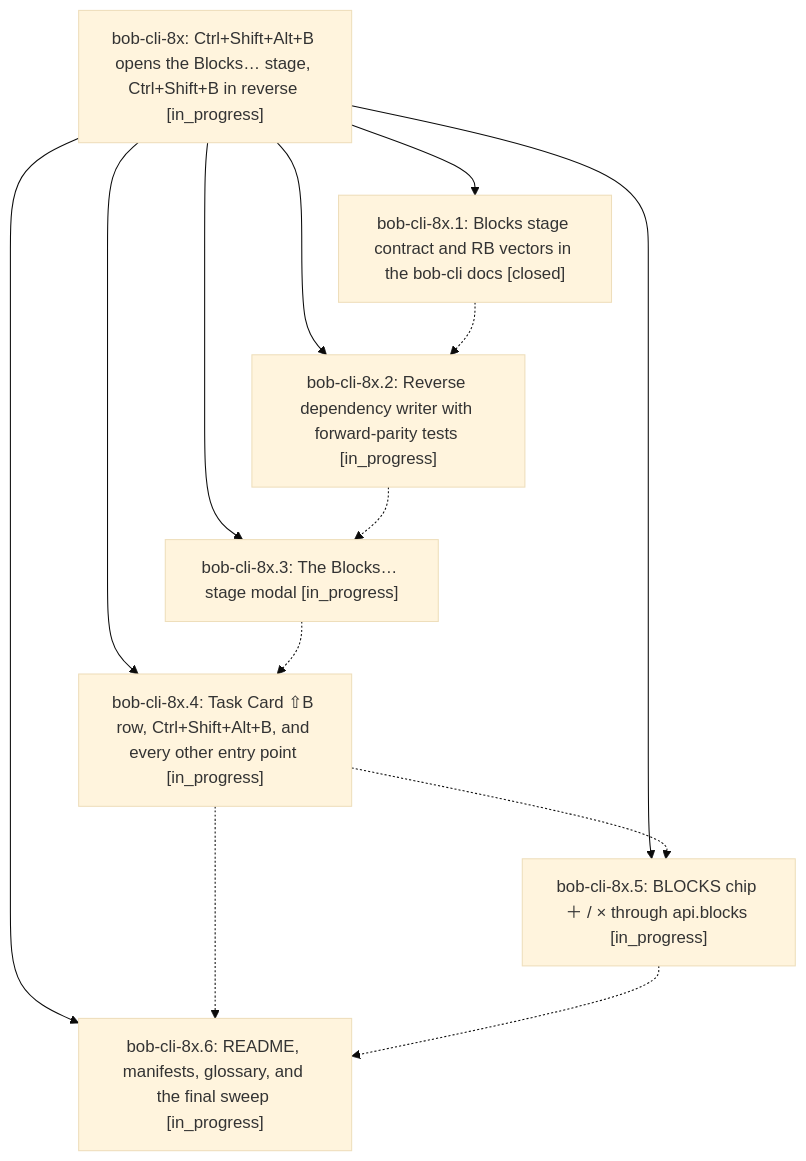
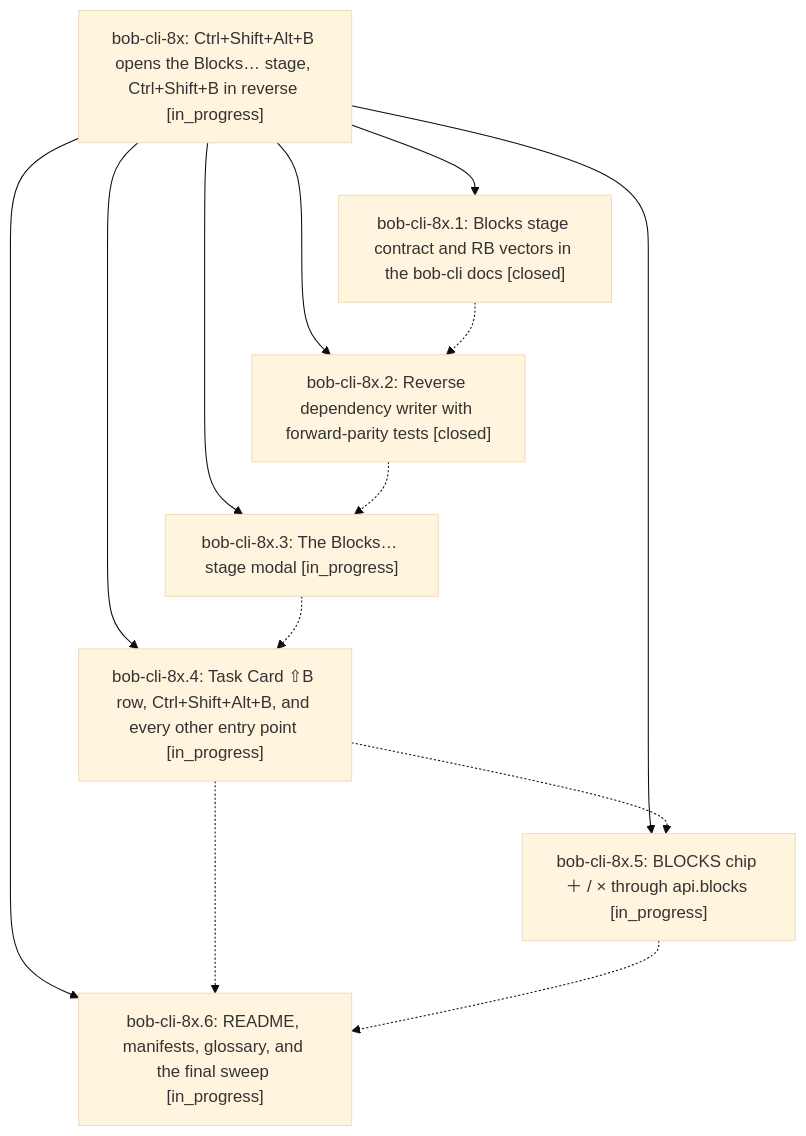
The diagram in pages/bob-cli-8x/README.md (bobs-org/bob-cli--beads), drawn with Mermaid (base theme) before and after one commit. The commit also changed other lines of this file and 3 other files, not shown here.

First line of the commit message:
chore(beads): sync bead state and pages for bob-cli-8x

````diff
--- a/pages/bob-cli-8x/README.md
+++ b/pages/bob-cli-8x/README.md
@@ -27,22 +39,22 @@
 ```mermaid
 flowchart TD
     n0["bob-cli-8x: Ctrl+Shift+Alt+B opens the Blocks… stage, Ctrl+Shift+B in reverse [in_progress]"]
     n1["bob-cli-8x.1: Blocks stage contract and RB vectors in the bob-cli docs [closed]"]
-    n2["bob-cli-8x.2: Reverse dependency writer with forward-parity tests [in_progress]"]
+    n2["bob-cli-8x.2: Reverse dependency writer with forward-parity tests [closed]"]
     n3["bob-cli-8x.3: The Blocks… stage modal [in_progress]"]
     n4["bob-cli-8x.4: Task Card ⇧B row, Ctrl+Shift+Alt+B, and every other entry point [in_progress]"]
     n5["bob-cli-8x.5: BLOCKS chip ＋ / × through api.blocks [in_progress]"]
     n6["bob-cli-8x.6: README, manifests, glossary, and the final sweep [in_progress]"]
     n0 --> n1
     n0 --> n2
     n0 --> n3
     n0 --> n4
     n0 --> n5
     n0 --> n6
     n1 -.-> n2
     n2 -.-> n3
     n3 -.-> n4
     n4 -.-> n5
     n4 -.-> n6
     n5 -.-> n6
 ```
````
